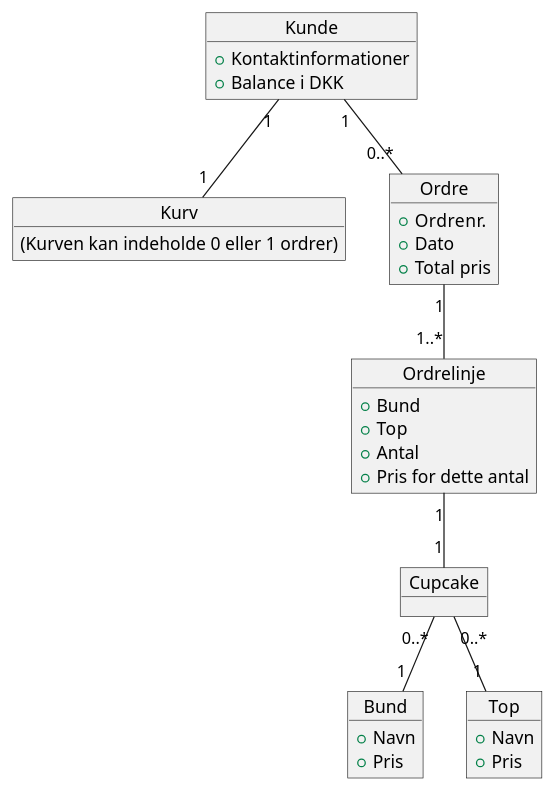
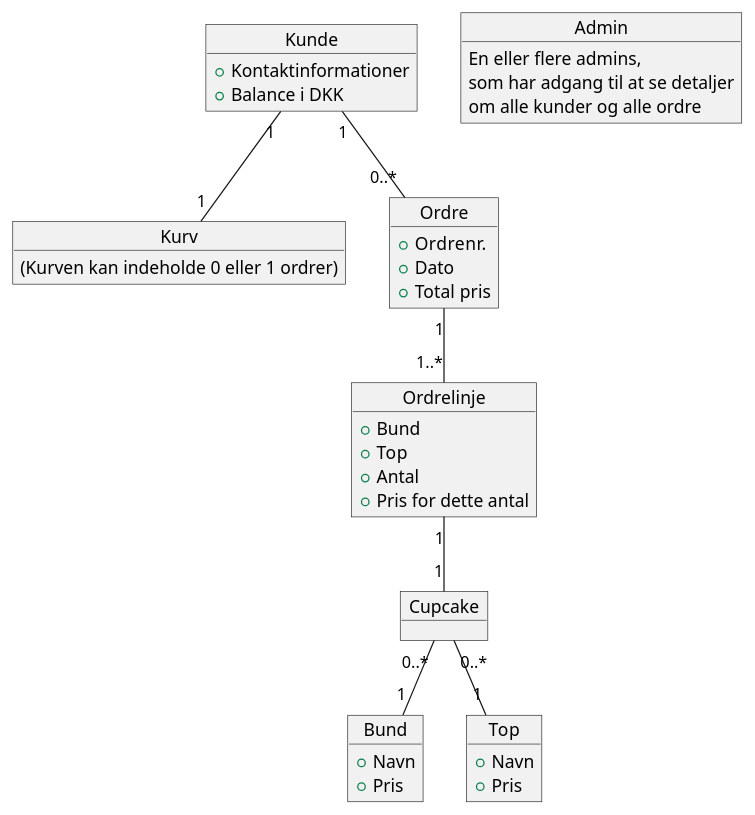
The diagram in src/design/structur/Domain model.puml (mrPrimeBeef/cupcake), drawn with PlantUML before and after one commit.

Commit message:
Endnu en opdatering af domain model.

```diff
--- a/src/design/structur/Domain model.puml
+++ b/src/design/structur/Domain model.puml
@@ -1,37 +1,42 @@
 @startuml
 object Kunde {
 +Kontaktinformationer
 +Balance i DKK
 }
 object Kurv {
 (Kurven kan indeholde 0 eller 1 ordrer)
+}
+object Admin{
+En eller flere admins,
+som har adgang til at se detaljer
+om alle kunder og alle ordre
 }
 object Ordre {
 +Ordrenr.
 +Dato
 +Total pris
 }
 object Ordrelinje {
 +Bund
 +Top
 +Antal
 +Pris for dette antal
 }
 object Cupcake
 object Bund {
 +Navn
 +Pris
 }
 object Top {
 +Navn
 +Pris
 }
 
 Kunde "1" -- "0..*" Ordre
 Kunde "1" -- "1" Kurv
 Ordre "1" -- "1..*" Ordrelinje
 Ordrelinje "1" -- "1" Cupcake
 Cupcake "0..*" -- "1" Bund
 Cupcake "0..*" -- "1" Top
 
 @enduml
```
